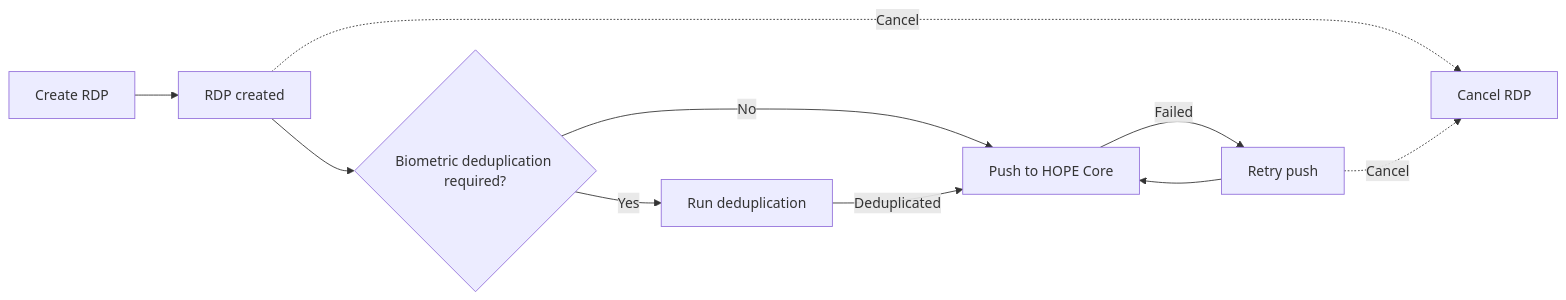
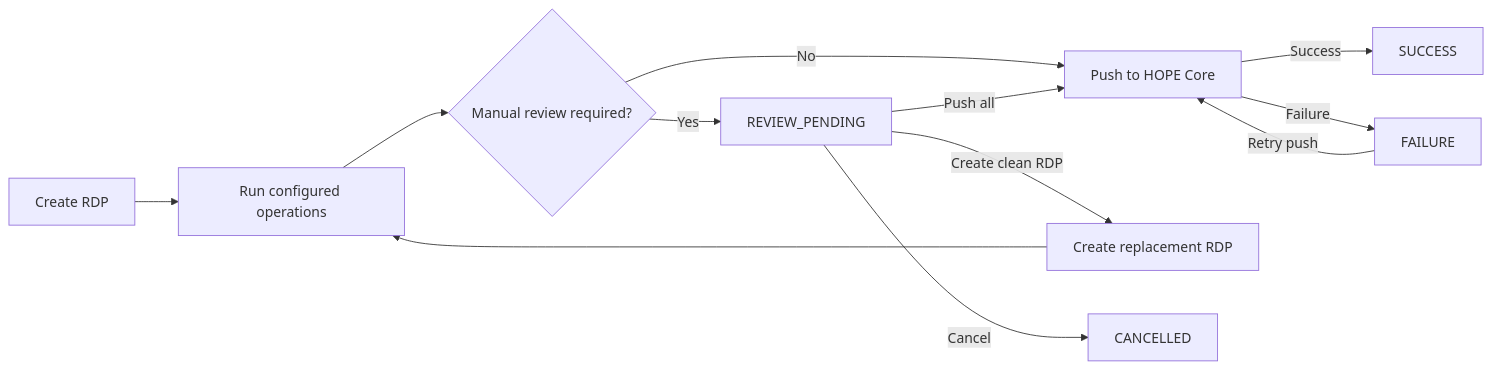
One commit to unicef/hope-country-workspace changed the diagram in docs/src/rdp/index.md. Above: the diagram before and after it, drawn with Mermaid. The commit also changed other lines of this file and 131 other files, not shown here.

Commit message:
Add RDP biometric review flow and generic operations (#467)

````diff
--- a/docs/src/rdp/index.md
+++ b/docs/src/rdp/index.md
@@ -11,12 +9,14 @@
 ```mermaid
 flowchart LR
-    A[Create RDP] --> B[RDP created]
-    B --> C{Biometric deduplication required?}
-    C -->|Yes| D[Run deduplication]
-    C -->|No| E[Push to HOPE Core]
-    D -->|Deduplicated| E
-    E -->|Failed| F[Retry push]
-    F --> E
-    B -.->|Cancel| G[Cancel RDP]
-    F -.->|Cancel| G
+    A[Create RDP] --> B[Run configured operations]
+    B --> C{Manual review required?}
+    C -->|No| D[Push to HOPE Core]
+    C -->|Yes| E[REVIEW_PENDING]
+    E -->|Push all| D
+    E -->|Create clean RDP| F[Create replacement RDP]
+    F --> B
+    E -->|Cancel| G[CANCELLED]
+    D -->|Success| H[SUCCESS]
+    D -->|Failure| I[FAILURE]
+    I -->|Retry push| D
 ```
````
